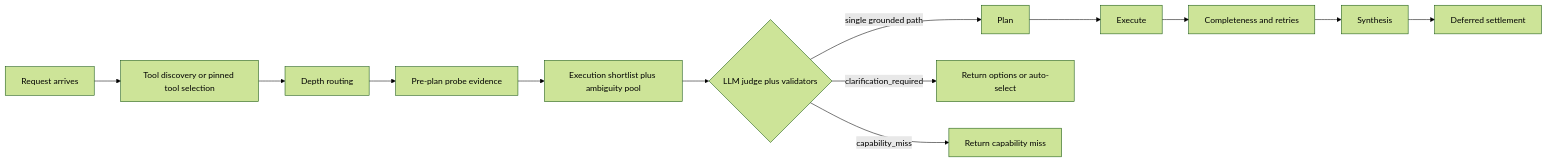
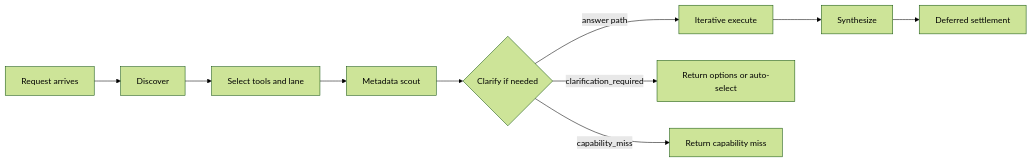
The diagram in architecture/query-chat-agentic-flow.mdx (ctxprotocol/docs), drawn with Mermaid (forest theme) before and after one commit. The commit also changed other lines of this file and 9 other files, not shown here.

First line of the commit message:
docs(query): refresh shared query and SDK architecture

````diff
--- a/architecture/query-chat-agentic-flow.mdx
+++ b/architecture/query-chat-agentic-flow.mdx
@@ -37,15 +37,12 @@
 ```mermaid
 flowchart LR
-  A[Request arrives] --> B[Tool discovery or pinned tool selection]
-  B --> C[Depth routing]
-  C --> D[Pre-plan probe evidence]
-  D --> D2[Execution shortlist plus ambiguity pool]
-  D2 --> E{LLM judge plus validators}
-  E -->|single grounded path| F[Plan]
+  A[Request arrives] --> B[Discover]
+  B --> C[Select tools and lane]
+  C --> D[Metadata scout]
+  D --> E{Clarify if needed}
+  E -->|answer path| F[Iterative execute]
   E -->|clarification_required| G[Return options or auto-select]
   E -->|capability_miss| H[Return capability miss]
-  F --> I[Execute]
-  I --> J[Completeness and retries]
-  J --> K[Synthesis]
-  K --> L[Deferred settlement]
+  F --> I[Synthesize]
+  I --> J[Deferred settlement]
 ```
````
